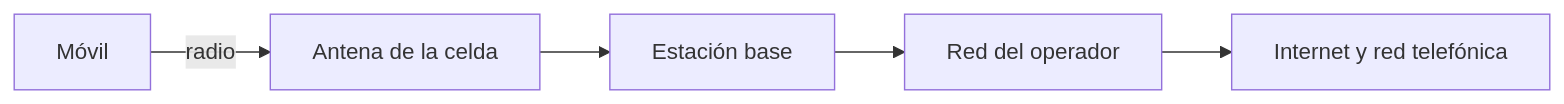
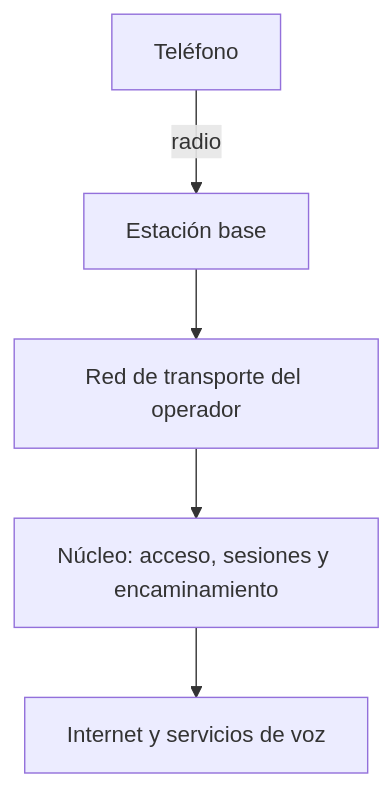
Before and after one commit to nbfrodri/devly: the diagram in src/content/es/articles/redes-moviles.mdx, drawn with Mermaid. The commit also changed other lines of this file and 142 other files, not shown here.

````diff
--- a/src/content/es/articles/redes-moviles.mdx
+++ b/src/content/es/articles/redes-moviles.mdx
@@ -28,7 +34,7 @@
 ```mermaid
-flowchart LR
-	M["Móvil"] -- radio --> A["Antena de la celda"]
-	A --> E["Estación base"]
-	E --> R["Red del operador"]
-	R --> I["Internet y red telefónica"]
+flowchart TD
+    M["Teléfono"] -- radio --> E["Estación base"]
+    E --> T["Red de transporte del operador"]
+    T --> N["Núcleo: acceso, sesiones y encaminamiento"]
+    N --> I["Internet y servicios de voz"]
 ```
````
